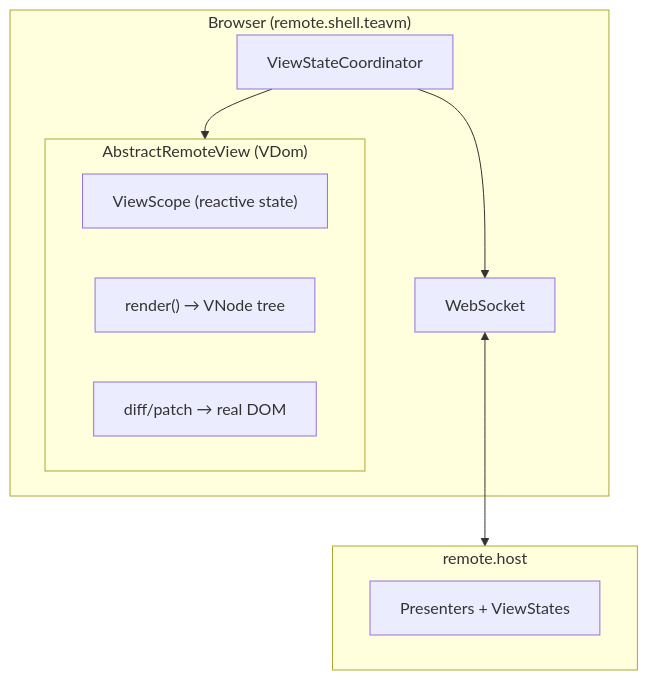
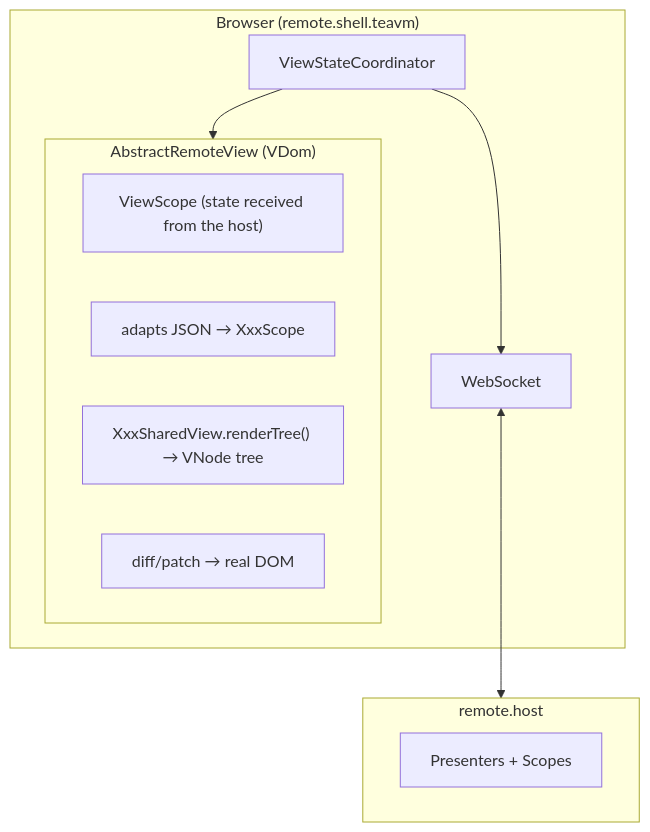
The second of 4 diagrams in fontes/br.com.wdc.store/br.com.wdc.store.view.remote/remote.shell.teavm/README.md (mrcdom/wdc-cube-java-v2), drawn with Mermaid before and after one commit. The commit also changed other lines of this file and 50 other files, not shown here.

````diff
--- a/fontes/br.com.wdc.store/br.com.wdc.store.view.remote/remote.shell.teavm/README.md
+++ b/fontes/br.com.wdc.store/br.com.wdc.store.view.remote/remote.shell.teavm/README.md
@@ -28,20 +28,21 @@
 ```mermaid
 graph TD
     subgraph browser["Browser (remote.shell.teavm)"]
         coordinator["ViewStateCoordinator"]
         ws["WebSocket"]
         subgraph vdom["AbstractRemoteView (VDom)"]
-            scope["ViewScope (reactive state)"]
-            render["render() → VNode tree"]
+            scope["ViewScope (state received from the host)"]
+            adapt["adapts JSON → XxxScope"]
+            shared["XxxSharedView.renderTree() → VNode tree"]
             diff["diff/patch → real DOM"]
         end
         coordinator --> ws
         coordinator --> vdom
     end
 
     subgraph host["remote.host"]
-        presenters["Presenters + ViewStates"]
+        presenters["Presenters + Scopes"]
     end
 
     ws <--> host
 ```
````
